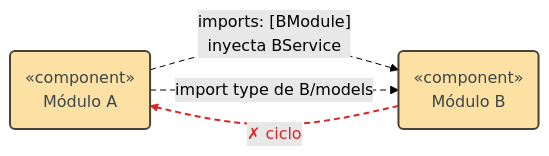
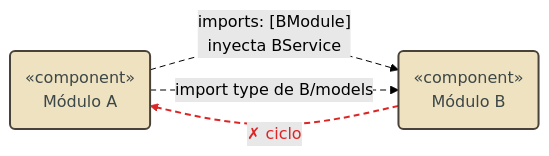
The fifth of 15 diagrams in docs/architecture/modular-microservice.md (pcarroza91/nest-template), drawn with Mermaid (forest theme) before and after one commit. The commit also changed other lines of this file and 2 other files, not shown here.

First line of the commit message:
docs(architecture): colores por capa y componente en los diagramas Mermaid

````diff
--- a/docs/architecture/modular-microservice.md
+++ b/docs/architecture/modular-microservice.md
@@ -411,11 +437,11 @@
 ```mermaid
 flowchart LR
     A("«component»<br/>Módulo A") -- "imports: [BModule]<br/>inyecta BService" --> B("«component»<br/>Módulo B")
     A -- "import type de B/models" --> B
     B -. "✗ ciclo" .-> A
 
-    classDef domain fill:#fde0a3,stroke:#494238,stroke-width:2px,color:#3c4747
-    class A,B domain
+    classDef modules fill:#efe2c0,stroke:#494238,stroke-width:2px,color:#3c4747
+    class A,B modules
     linkStyle default stroke-dasharray:6 4
     linkStyle 2 stroke:#dc2626,stroke-width:2px,color:#dc2626
 ```
````
